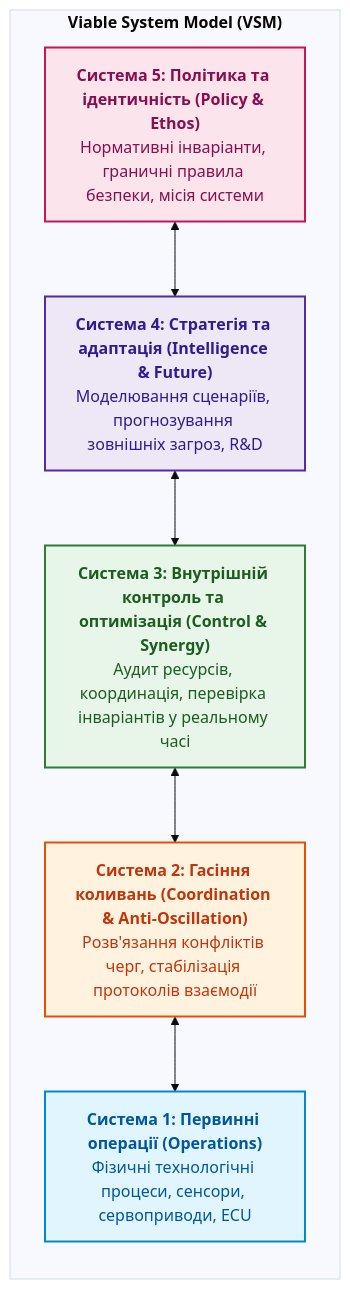
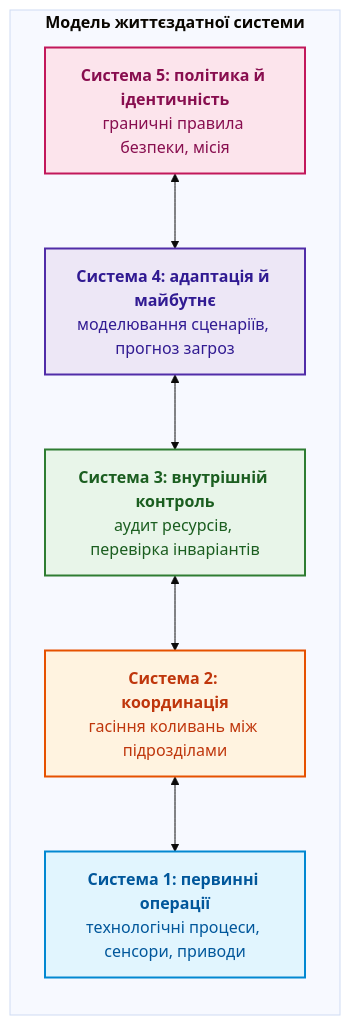
One commit to nick-fedchik/articles changed the second of 5 diagrams in ExpertSystem/ch22-cybernetics-edge-to-backend.md. Above: the diagram before and after it, drawn with Mermaid (base theme). The commit also changed other lines of this file and 7 other files, not shown here.

````diff
--- a/ExpertSystem/ch22-cybernetics-edge-to-backend.md
+++ b/ExpertSystem/ch22-cybernetics-edge-to-backend.md
@@ -89,32 +162,30 @@
 ```mermaid
 flowchart TB
-    accTitle: Модель життєздатної системи (Viable System Model) Стаффорда Біра
-    accDescr: П'ять рівнів організації життєздатної системи від первинних операцій до вищої політики та ідентичності.
+    accTitle: Модель життєздатної системи Стаффорда Біра
+    accDescr: П'ять підсистем від первинних операцій до політики: операції, координація проти коливань, внутрішній контроль, адаптація до майбутнього та ідентичність і політика.
 
-    subgraph VSM["<b>Viable System Model (VSM)</b>"]
+    subgraph VSM["<b>Модель життєздатної системи</b>"]
         direction TB
-
-        S5["<b>Система 5: Політика та ідентичність (Policy & Ethos)</b><br/>Нормативні інваріанти, граничні правила безпеки, місія системи"]
-        S4["<b>Система 4: Стратегія та адаптація (Intelligence & Future)</b><br/>Моделювання сценаріїв, прогнозування зовнішніх загроз, R&D"]
-        S3["<b>Система 3: Внутрішній контроль та оптимізація (Control & Synergy)</b><br/>Аудит ресурсів, координація, перевірка інваріантів у реальному часі"]
-        S2["<b>Система 2: Гасіння коливань (Coordination & Anti-Oscillation)</b><br/>Розв'язання конфліктів черг, стабілізація протоколів взаємодії"]
-        S1["<b>Система 1: Первинні операції (Operations)</b><br/>Фізичні технологічні процеси, сенсори, сервоприводи, ECU"]
-
+        S5["<b>Система 5: політика й ідентичність</b><br/>граничні правила безпеки, місія"]
+        S4["<b>Система 4: адаптація й майбутнє</b><br/>моделювання сценаріїв, прогноз загроз"]
+        S3["<b>Система 3: внутрішній контроль</b><br/>аудит ресурсів, перевірка інваріантів"]
+        S2["<b>Система 2: координація</b><br/>гасіння коливань між підрозділами"]
+        S1["<b>Система 1: первинні операції</b><br/>технологічні процеси, сенсори, приводи"]
         S5 <--> S4
         S4 <--> S3
         S3 <--> S2
         S2 <--> S1
     end
 
     classDef s5 fill:#fce4ec,stroke:#c2185b,stroke-width:2px,color:#880e4f;
     classDef s4 fill:#ede7f6,stroke:#512da8,stroke-width:2px,color:#311b92;
     classDef s3 fill:#e8f5e9,stroke:#2e7d32,stroke-width:2px,color:#1b5e20;
     classDef s2 fill:#fff3e0,stroke:#e65100,stroke-width:2px,color:#bf360c;
     classDef s1 fill:#e1f5fe,stroke:#0288d1,stroke-width:2px,color:#01579b;
 
     class S5 s5;
     class S4 s4;
     class S3 s3;
     class S2 s2;
     class S1 s1;
 ```
````
